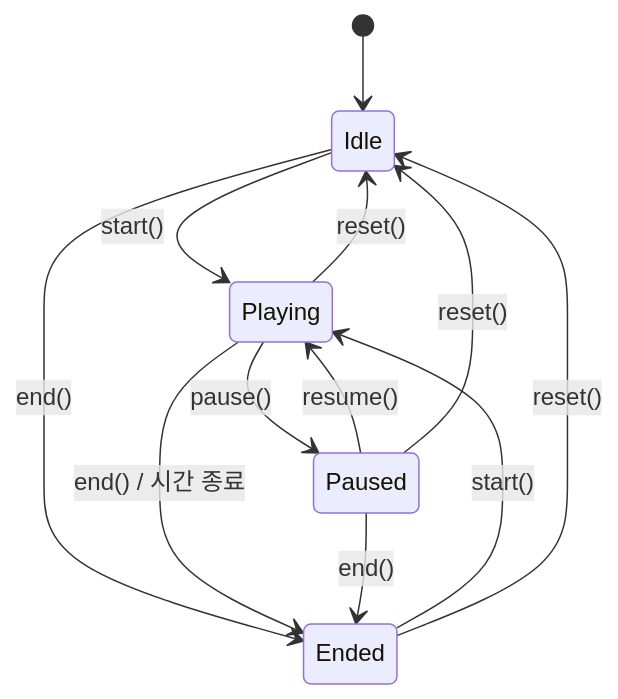
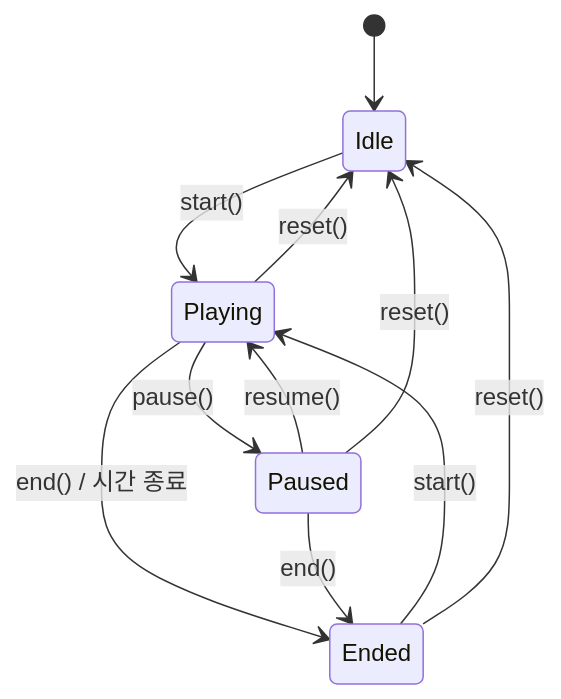
The diagram in packages/mole/README.md (cbcruk/eunsoolib), drawn with Mermaid before and after one commit. The commit also changed other lines of this file and 27 other files, not shown here.

````diff
--- a/packages/mole/README.md
+++ b/packages/mole/README.md
@@ -90,14 +90,13 @@
 ```mermaid
 stateDiagram-v2
   [*] --> Idle
   Idle --> Playing: start()
   Ended --> Playing: start()
   Playing --> Paused: pause()
   Paused --> Playing: resume()
-  Idle --> Ended: end()
   Playing --> Ended: end() / 시간 종료
   Paused --> Ended: end()
   Playing --> Idle: reset()
   Paused --> Idle: reset()
   Ended --> Idle: reset()
 ```
````
